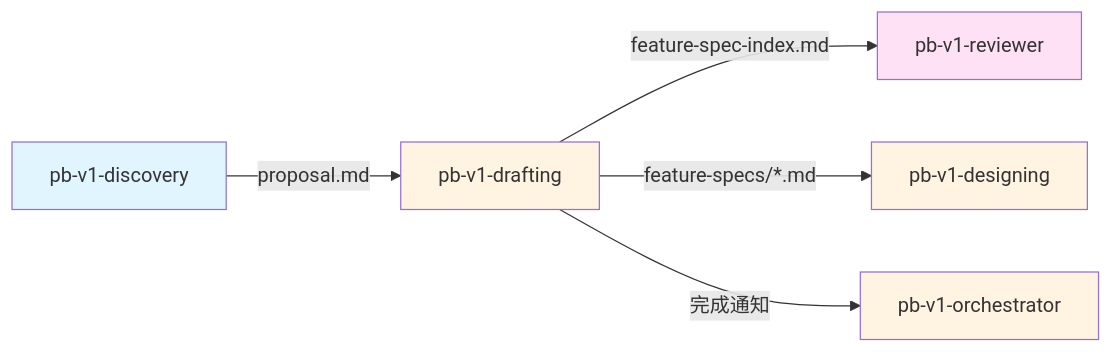
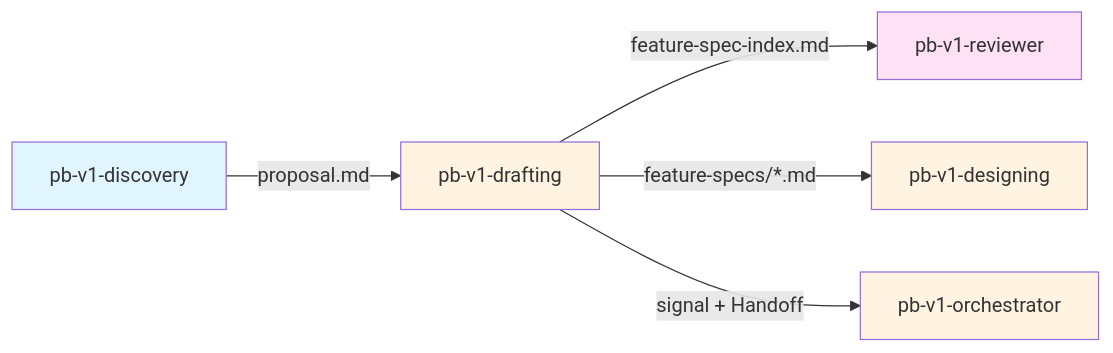
One commit to chenchiyuan/powerby-skills changed the second of 2 diagrams in skills/pb-v1-drafting/SKILL.md. Above: the diagram before and after it, drawn with Mermaid. The commit also changed other lines of this file and 58 other files, not shown here.

````diff
--- a/skills/pb-v1-drafting/SKILL.md
+++ b/skills/pb-v1-drafting/SKILL.md
@@ -462,13 +519,13 @@
 ```mermaid
 graph LR
     DIS[pb-v1-discovery] -->|proposal.md| DRA[pb-v1-drafting]
     DRA -->|feature-spec-index.md| REV[pb-v1-reviewer]
     DRA -->|feature-specs/*.md| DES[pb-v1-designing]
-    DRA -->|完成通知| ORC[pb-v1-orchestrator]
+    DRA -->|signal + Handoff| ORC[pb-v1-orchestrator]
     
     style DRA fill:#fff4e1
     style DIS fill:#e1f5ff
     style REV fill:#ffe1f5
     style DES fill:#fff4e1
     style ORC fill:#fff4e1
 ```
````
